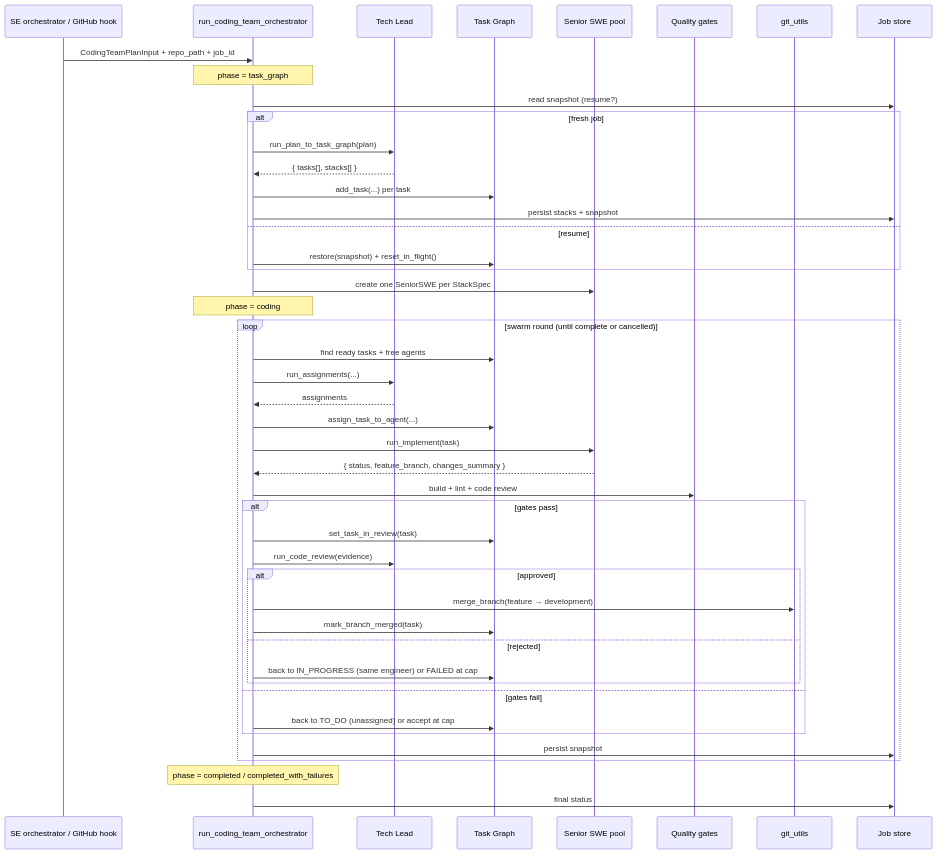
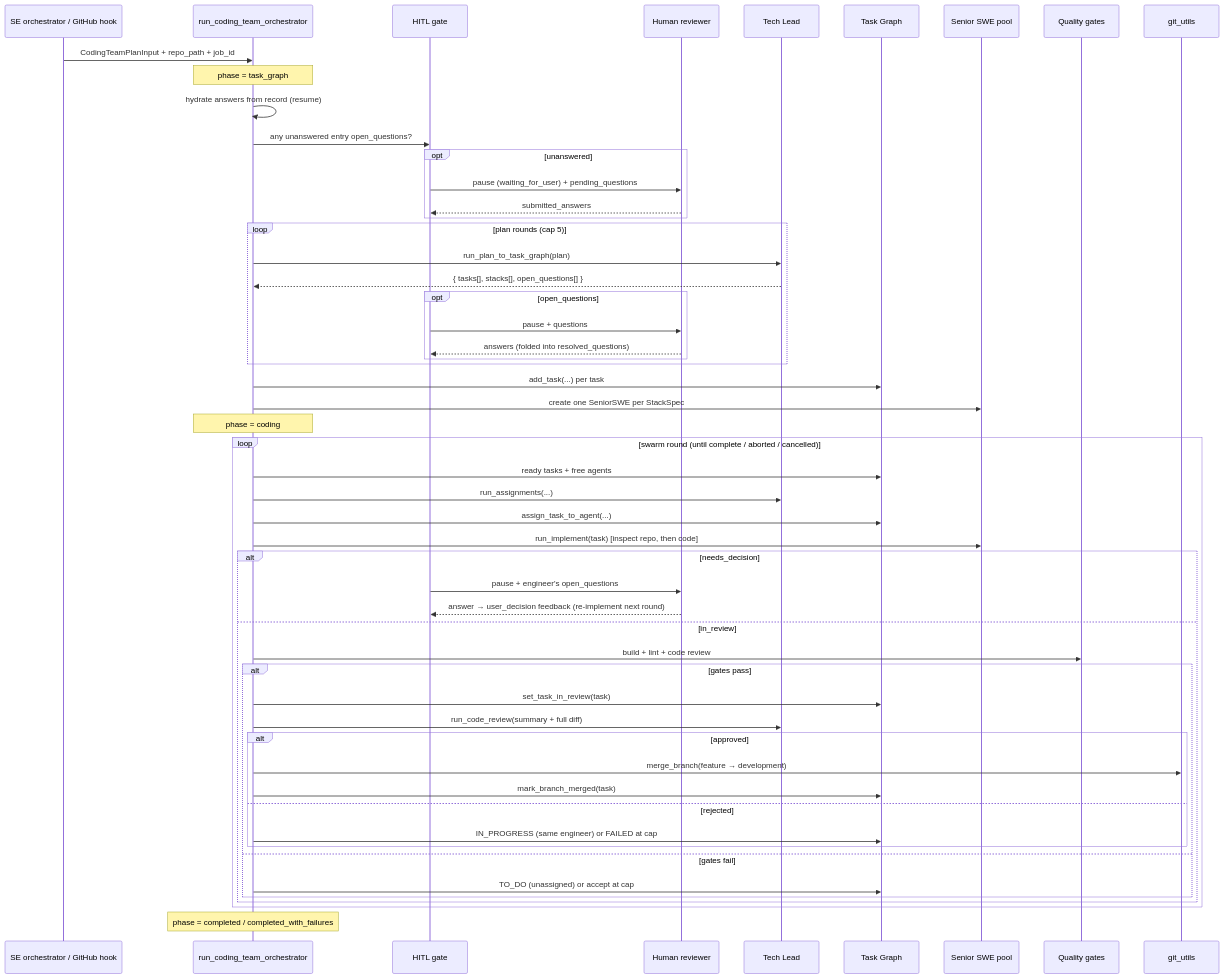
One commit to brandonkindred/Khala-Agentic-AI-Teams changed the third of 7 diagrams in backend/agents/coding_team/system_design/architecture.md. Above: the diagram before and after it, drawn with Mermaid. The commit also changed other lines of this file, not shown here.

First line of the commit message:
docs(coding-team): update architecture for HITL gate, full LLM inputs, repo tools

````diff
--- a/backend/agents/coding_team/system_design/architecture.md
+++ b/backend/agents/coding_team/system_design/architecture.md
@@ -243,50 +304,58 @@
 ```mermaid
 sequenceDiagram
     participant SE as SE orchestrator / GitHub hook
     participant Orch as run_coding_team_orchestrator
+    participant Gate as HITL gate
+    participant User as Human reviewer
     participant TL as Tech Lead
     participant TG as Task Graph
     participant SWE as Senior SWE pool
     participant QG as Quality gates
     participant Git as git_utils
-    participant Job as Job store
 
     SE->>Orch: CodingTeamPlanInput + repo_path + job_id
     Note over Orch: phase = task_graph
-    Orch->>Job: read snapshot (resume?)
-    alt fresh job
+    Orch->>Orch: hydrate answers from record (resume)
+    Orch->>Gate: any unanswered entry open_questions?
+    opt unanswered
+        Gate->>User: pause (waiting_for_user) + pending_questions
+        User-->>Gate: submitted_answers
+    end
+    loop plan rounds (cap 5)
         Orch->>TL: run_plan_to_task_graph(plan)
-        TL-->>Orch: { tasks[], stacks[] }
-        Orch->>TG: add_task(...) per task
-        Orch->>Job: persist stacks + snapshot
-    else resume
-        Orch->>TG: restore(snapshot) + reset_in_flight()
+        TL-->>Orch: { tasks[], stacks[], open_questions[] }
+        opt open_questions
+            Gate->>User: pause + questions
+            User-->>Gate: answers (folded into resolved_questions)
+        end
     end
+    Orch->>TG: add_task(...) per task
     Orch->>SWE: create one SeniorSWE per StackSpec
     Note over Orch: phase = coding
 
-    loop swarm round (until complete or cancelled)
-        Orch->>TG: find ready tasks + free agents
+    loop swarm round (until complete / aborted / cancelled)
+        Orch->>TG: ready tasks + free agents
         Orch->>TL: run_assignments(...)
-        TL-->>Orch: assignments
         Orch->>TG: assign_task_to_agent(...)
-        Orch->>SWE: run_implement(task)
-        SWE-->>Orch: { status, feature_branch, changes_summary }
-        Orch->>QG: build + lint + code review
-        alt gates pass
-            Orch->>TG: set_task_in_review(task)
-            Orch->>TL: run_code_review(evidence)
-            alt approved
-                Orch->>Git: merge_branch(feature → development)
-                Orch->>TG: mark_branch_merged(task)
-            else rejected
-                Orch->>TG: back to IN_PROGRESS (same engineer) or FAILED at cap
+        Orch->>SWE: run_implement(task)  [inspect repo, then code]
+        alt needs_decision
+            Gate->>User: pause + engineer's open_questions
+            User-->>Gate: answer → user_decision feedback (re-implement next round)
+        else in_review
+            Orch->>QG: build + lint + code review
+            alt gates pass
+                Orch->>TG: set_task_in_review(task)
+                Orch->>TL: run_code_review(summary + full diff)
+                alt approved
+                    Orch->>Git: merge_branch(feature → development)
+                    Orch->>TG: mark_branch_merged(task)
+                else rejected
+                    Orch->>TG: IN_PROGRESS (same engineer) or FAILED at cap
+                end
+            else gates fail
+                Orch->>TG: TO_DO (unassigned) or accept at cap
             end
-        else gates fail
-            Orch->>TG: back to TO_DO (unassigned) or accept at cap
         end
-        Orch->>Job: persist snapshot
     end
     Note over Orch: phase = completed / completed_with_failures
-    Orch->>Job: final status
 ```
````
